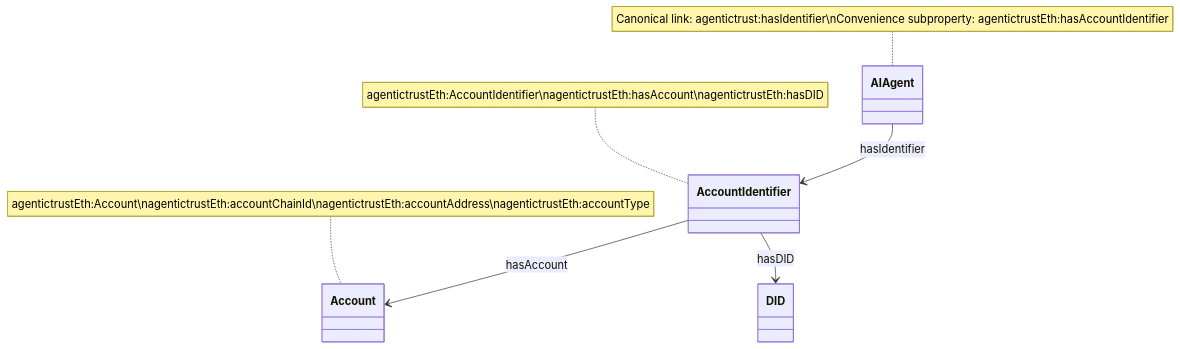
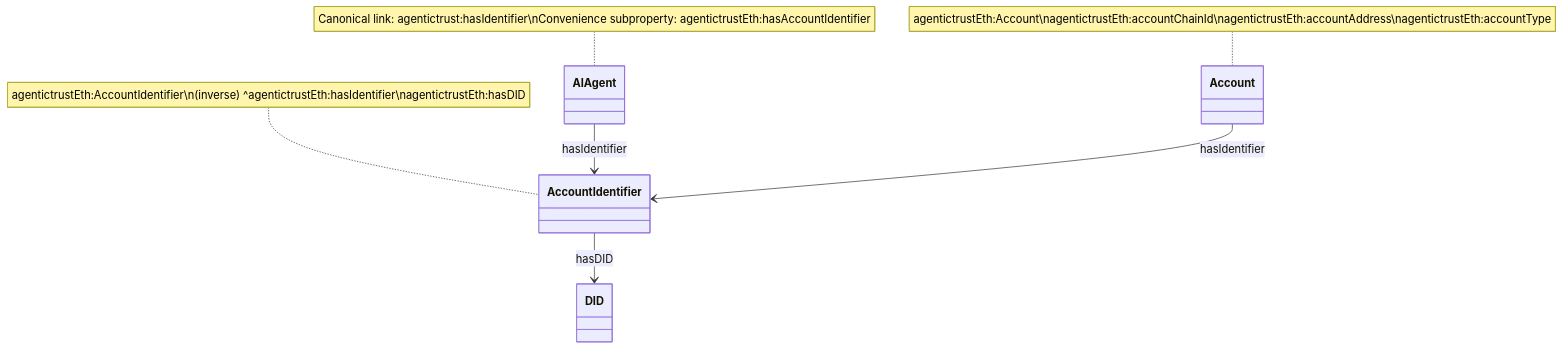
Before and after one commit to Agentic-Trust-Layer/agent-explorer: the third of 6 diagrams in docs/ontology/identifiers.md, drawn with Mermaid. The commit also changed other lines of this file and 5 other files, not shown here.

````diff
--- a/docs/ontology/identifiers.md
+++ b/docs/ontology/identifiers.md
@@ -146,15 +146,15 @@
 ```mermaid
 classDiagram
     class AIAgent
     class AccountIdentifier
     class Account
     class DID
     
     AIAgent --> AccountIdentifier : hasIdentifier
-    AccountIdentifier --> Account : hasAccount
+    Account --> AccountIdentifier : hasIdentifier
     AccountIdentifier --> DID : hasDID
     
     note for AIAgent "Canonical link: agentictrust:hasIdentifier\nConvenience subproperty: agentictrustEth:hasAccountIdentifier"
-    note for AccountIdentifier "agentictrustEth:AccountIdentifier\nagentictrustEth:hasAccount\nagentictrustEth:hasDID"
+    note for AccountIdentifier "agentictrustEth:AccountIdentifier\n(inverse) ^agentictrustEth:hasIdentifier\nagentictrustEth:hasDID"
     note for Account "agentictrustEth:Account\nagentictrustEth:accountChainId\nagentictrustEth:accountAddress\nagentictrustEth:accountType"
 ```
````
